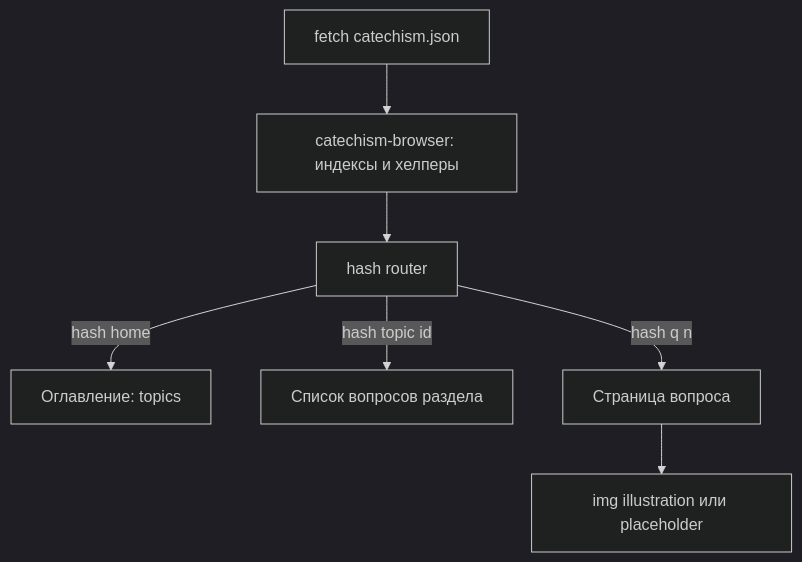
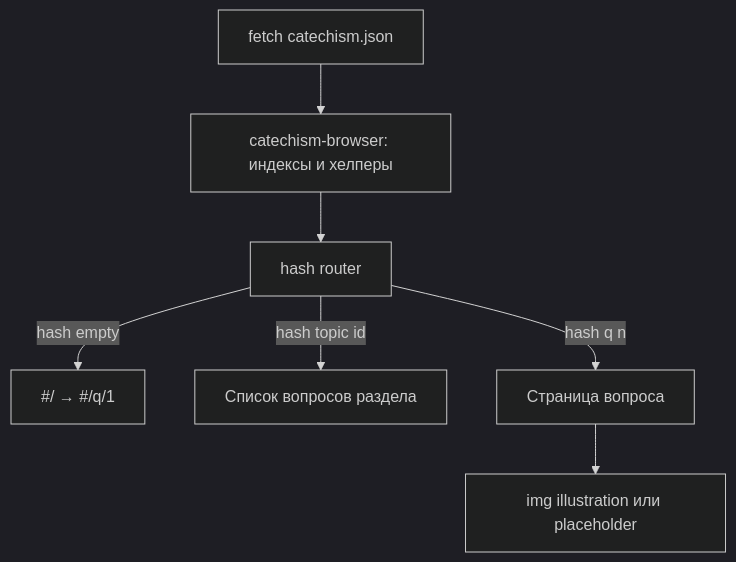
The diagram in docs/static-prototype-spec.md (stallev/prototype_indoctrine), drawn with Mermaid (dark theme) before and after one commit. The commit also changed other lines of this file and 4 other files, not shown here.

````diff
--- a/docs/static-prototype-spec.md
+++ b/docs/static-prototype-spec.md
@@ -69,9 +69,9 @@
 ```mermaid
 flowchart TB
   Load[fetch catechism.json] --> Init[catechism-browser: индексы и хелперы]
   Init --> Router[hash router]
-  Router -->|hash home| Home[Оглавление: topics]
+  Router -->|hash empty| Redirect["#/ → #/q/1"]
   Router -->|hash topic id| Topic[Список вопросов раздела]
   Router -->|hash q n| Question[Страница вопроса]
   Question --> Ill[img illustration или placeholder]
 ```
````
